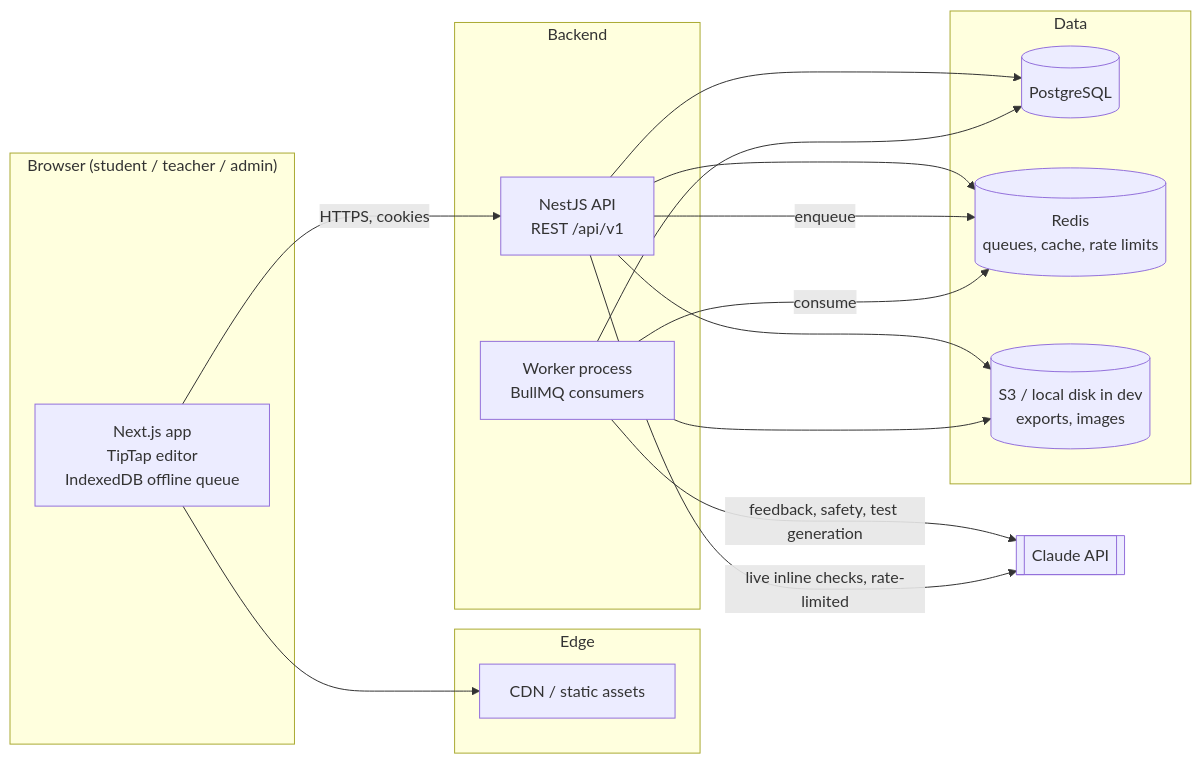
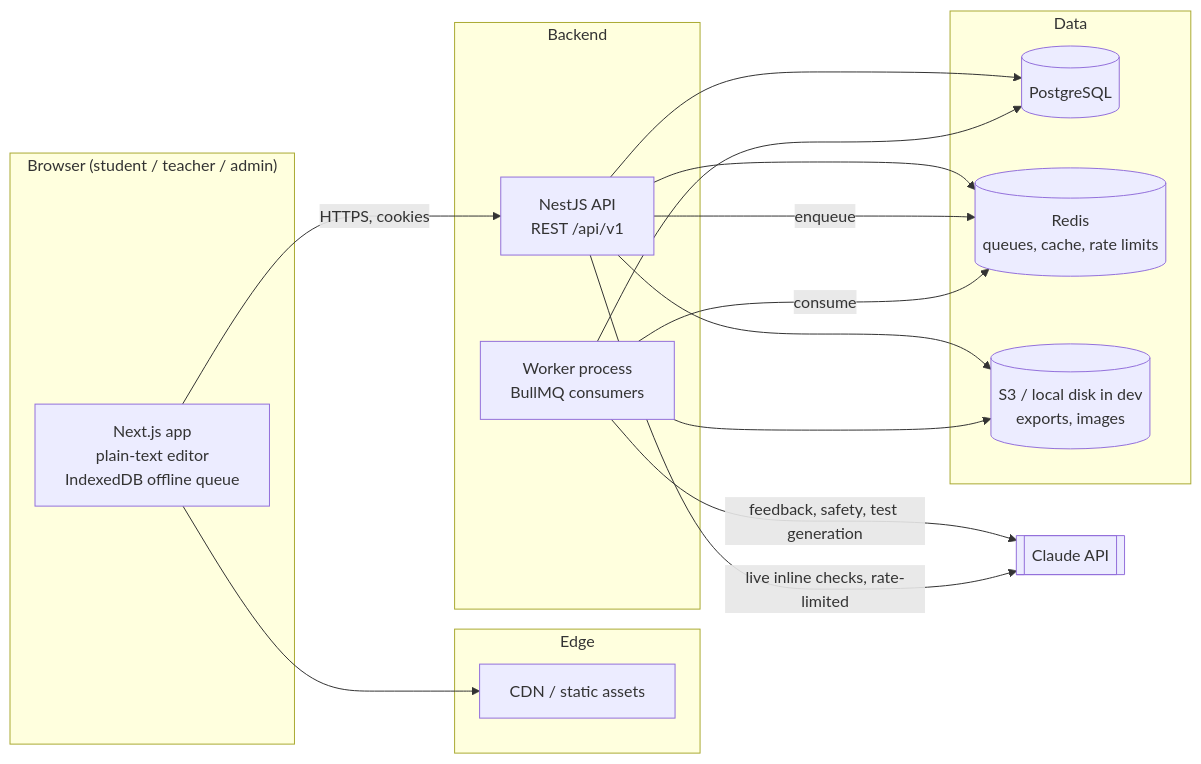
One commit to valarg08/ELAApp changed the diagram in DESIGN.md. Above: the diagram before and after it, drawn with Mermaid. The commit also changed other lines of this file and 41 other files, not shown here.

First line of the commit message:
Add the writing workspace with autosave, offline queue and history (Phase P3)

````diff
--- a/DESIGN.md
+++ b/DESIGN.md
@@ -102,35 +102,35 @@
 ```mermaid
 flowchart LR
   subgraph Client["Browser (student / teacher / admin)"]
-    WEB[Next.js app<br/>TipTap editor<br/>IndexedDB offline queue]
+    WEB[Next.js app<br/>plain-text editor<br/>IndexedDB offline queue]
   end
 
   subgraph Edge
     CDN[CDN / static assets]
   end
 
   subgraph Backend
     API[NestJS API<br/>REST /api/v1]
     WORKER[Worker process<br/>BullMQ consumers]
   end
 
   subgraph Data
     PG[(PostgreSQL)]
     REDIS[(Redis<br/>queues, cache, rate limits)]
     S3[(S3 / local disk in dev<br/>exports, images)]
   end
 
   CLAUDE[[Claude API]]
 
   WEB -->|HTTPS, cookies| API
   WEB --> CDN
   API --> PG
   API --> REDIS
   API --> S3
   API -->|enqueue| REDIS
   WORKER -->|consume| REDIS
   WORKER --> PG
   WORKER --> S3
   WORKER -->|feedback, safety, test generation| CLAUDE
   API -->|live inline checks, rate-limited| CLAUDE
 ```
````
